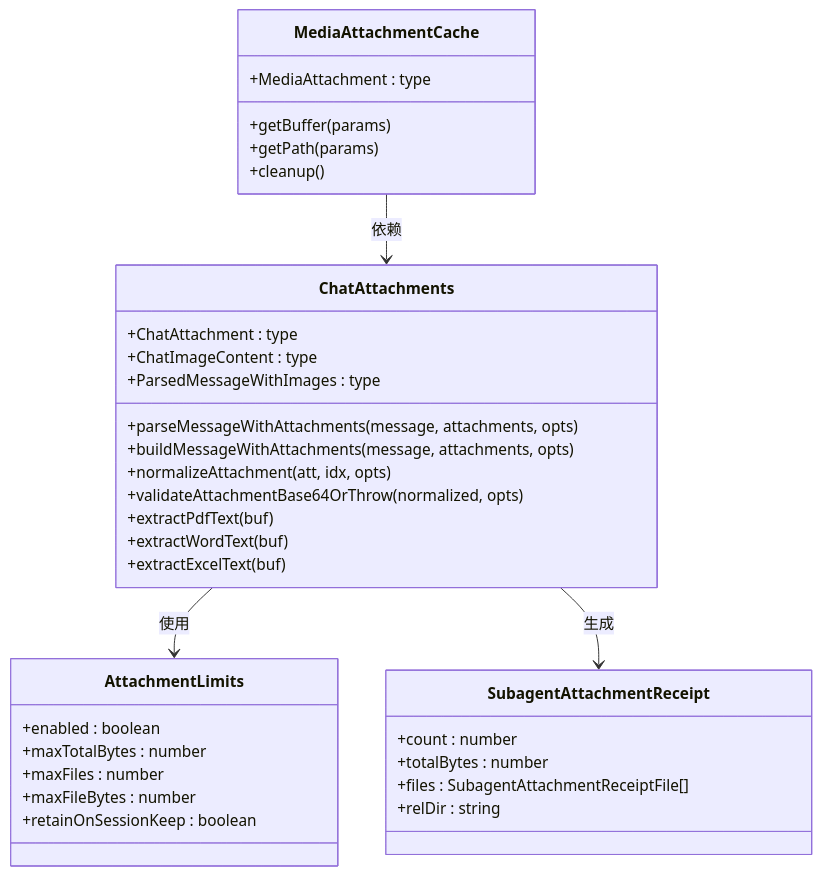
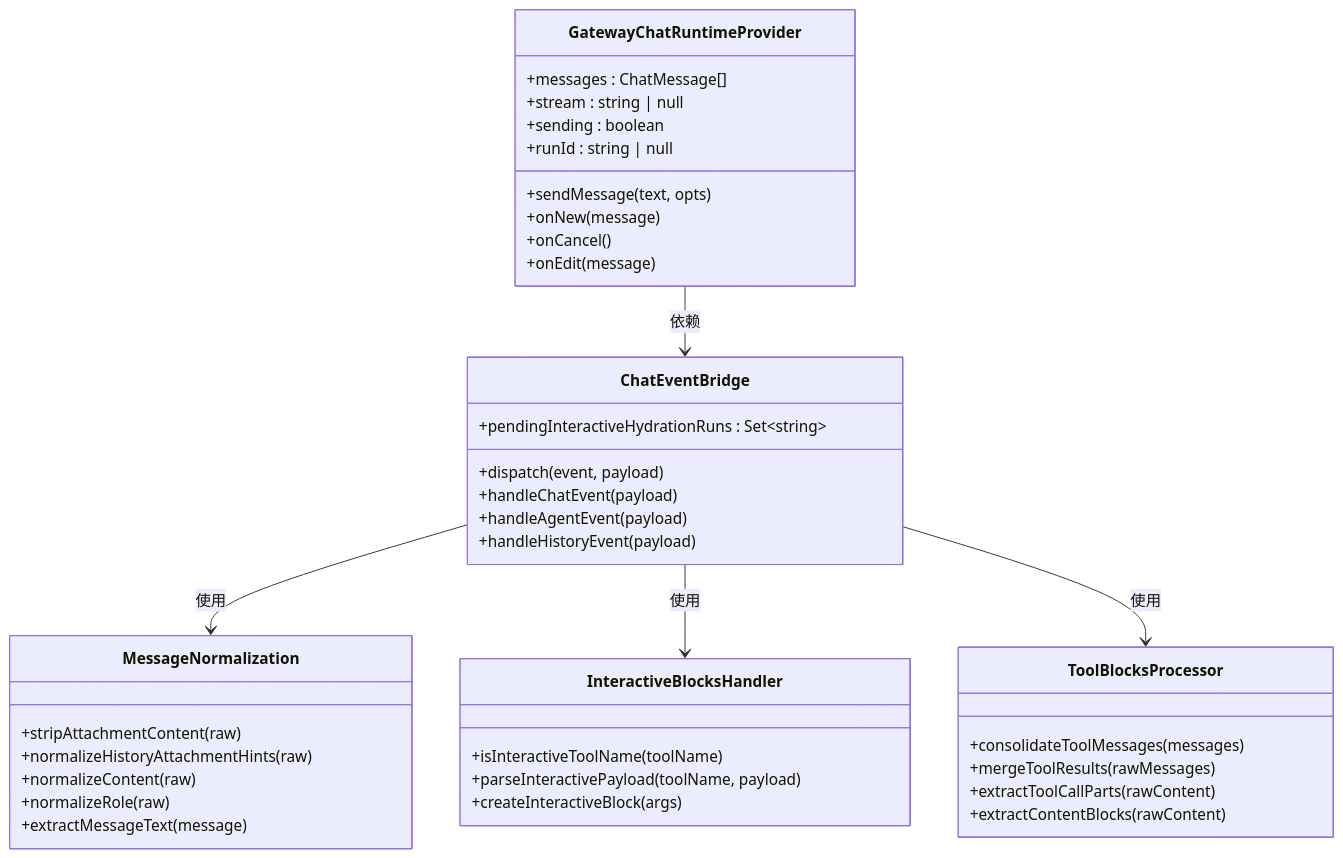
One commit to verse-ai-org/openclaw changed the fifth of 33 diagrams in .qoder/repowiki/zh/content/Web界面/WebChat界面/聊天运行时提供者增强/聊天运行时提供者增强.md. Above: the diagram before and after it, drawn with Mermaid. The commit also changed other lines of this file and 26 other files, not shown here.

````diff
--- a/.qoder/repowiki/zh/content/Web界面/WebChat界面/聊天运行时提供者增强/聊天运行时提供者增强.md
+++ b/.qoder/repowiki/zh/content/Web界面/WebChat界面/聊天运行时提供者增强/聊天运行时提供者增强.md
@@ -603,37 +423,42 @@
 ```mermaid
 classDiagram
-class ChatAttachments {
-+ChatAttachment : type
-+ChatImageContent : type
-+ParsedMessageWithImages : type
-+parseMessageWithAttachments(message, attachments, opts)
-+buildMessageWithAttachments(message, attachments, opts)
-+normalizeAttachment(att, idx, opts)
-+validateAttachmentBase64OrThrow(normalized, opts)
-+extractPdfText(buf)
-+extractWordText(buf)
-+extractExcelText(buf)
+class ChatEventBridge {
++dispatch(event, payload)
++pendingInteractiveHydrationRuns : Set~string~
++handleChatEvent(payload)
++handleAgentEvent(payload)
++handleHistoryEvent(payload)
 }
-class AttachmentLimits {
-+enabled : boolean
-+maxTotalBytes : number
-+maxFiles : number
-+maxFileBytes : number
-+retainOnSessionKeep : boolean
+class MessageNormalization {
++stripAttachmentContent(raw)
++normalizeHistoryAttachmentHints(raw)
++normalizeContent(raw)
++normalizeRole(raw)
++extractMessageText(message)
 }
-class SubagentAttachmentReceipt {
-+count : number
-+totalBytes : number
-+files : SubagentAttachmentReceiptFile[]
-+relDir : string
+class InteractiveBlocksHandler {
++isInteractiveToolName(toolName)
++parseInteractivePayload(toolName, payload)
++createInteractiveBlock(args)
 }
-class MediaAttachmentCache {
-+MediaAttachment : type
-+getBuffer(params)
-+getPath(params)
-+cleanup()
+class ToolBlocksProcessor {
++consolidateToolMessages(messages)
++mergeToolResults(rawMessages)
++extractToolCallParts(rawContent)
++extractContentBlocks(rawContent)
 }
-ChatAttachments --> AttachmentLimits : 使用
-ChatAttachments --> SubagentAttachmentReceipt : 生成
-MediaAttachmentCache --> ChatAttachments : 依赖
+class GatewayChatRuntimeProvider {
++messages : ChatMessage[]
++stream : string | null
++sending : boolean
++runId : string | null
++sendMessage(text, opts)
++onNew(message)
++onCancel()
++onEdit(message)
+}
+ChatEventBridge --> MessageNormalization : 使用
+ChatEventBridge --> InteractiveBlocksHandler : 使用
+ChatEventBridge --> ToolBlocksProcessor : 使用
+GatewayChatRuntimeProvider --> ChatEventBridge : 依赖
 ```
````
